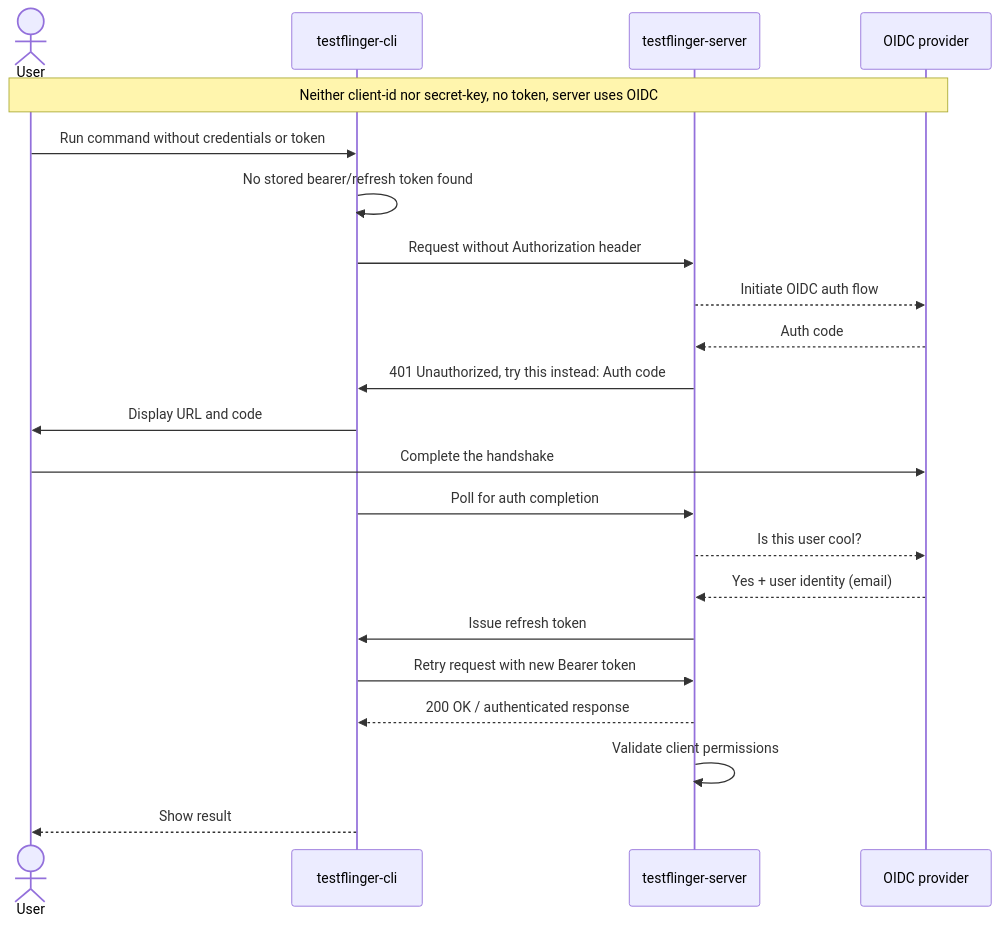
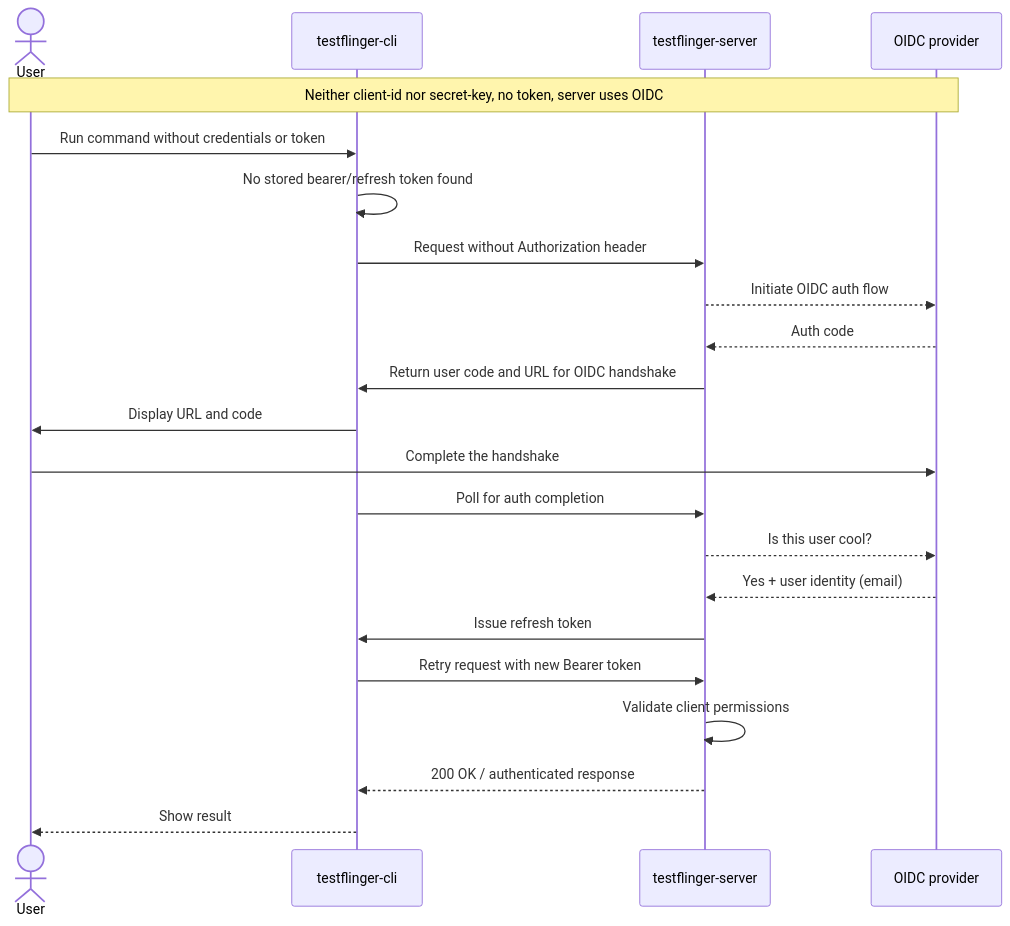
Before and after one commit to canonical/testflinger: the sixth of 7 diagrams in docs/explanation/authentication.rst, drawn with Mermaid. The commit also changed other lines of this file, not shown here.

```diff
--- a/docs/explanation/authentication.rst
+++ b/docs/explanation/authentication.rst
@@ -175,28 +179,28 @@
 .. mermaid::
     :alt: Sequence diagram showing no stored token with OIDC enabled, triggering the OIDC flow
     :caption: Sequence diagram showing no stored token with OIDC enabled, triggering the OIDC flow
     :align: center
 
     sequenceDiagram
         actor User
         participant CLI as testflinger-cli
         participant Server as testflinger-server
         participant OIDC as OIDC provider
 
         Note over User,OIDC: Neither client-id nor secret-key, no token, server uses OIDC
         User->>CLI: Run command without credentials or token
         CLI->>CLI: No stored bearer/refresh token found
         CLI->>Server: Request without Authorization header
         Server-->>OIDC: Initiate OIDC auth flow
         OIDC-->>Server: Auth code
-        Server->>CLI: 401 Unauthorized, try this instead: Auth code
+        Server->>CLI: Return user code and URL for OIDC handshake
         CLI->>User: Display URL and code
         User->>OIDC: Complete the handshake
         CLI->>Server: Poll for auth completion
         Server-->>OIDC: Is this user cool?
         OIDC-->>Server: Yes + user identity (email)
         Server->>CLI: Issue refresh token
         CLI->>Server: Retry request with new Bearer token
+        Server->>Server: Validate client permissions
         Server-->>CLI: 200 OK / authenticated response
-        Server->>Server: Validate client permissions
         CLI-->>User: Show result
```
